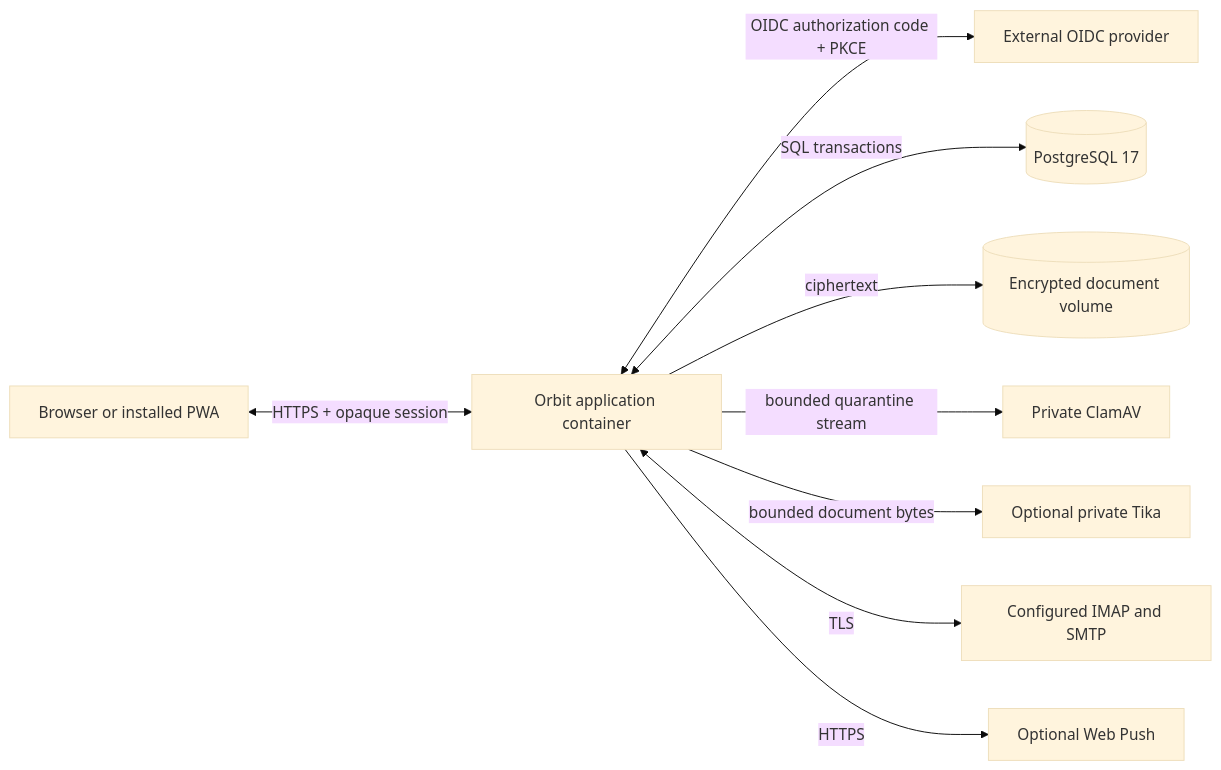
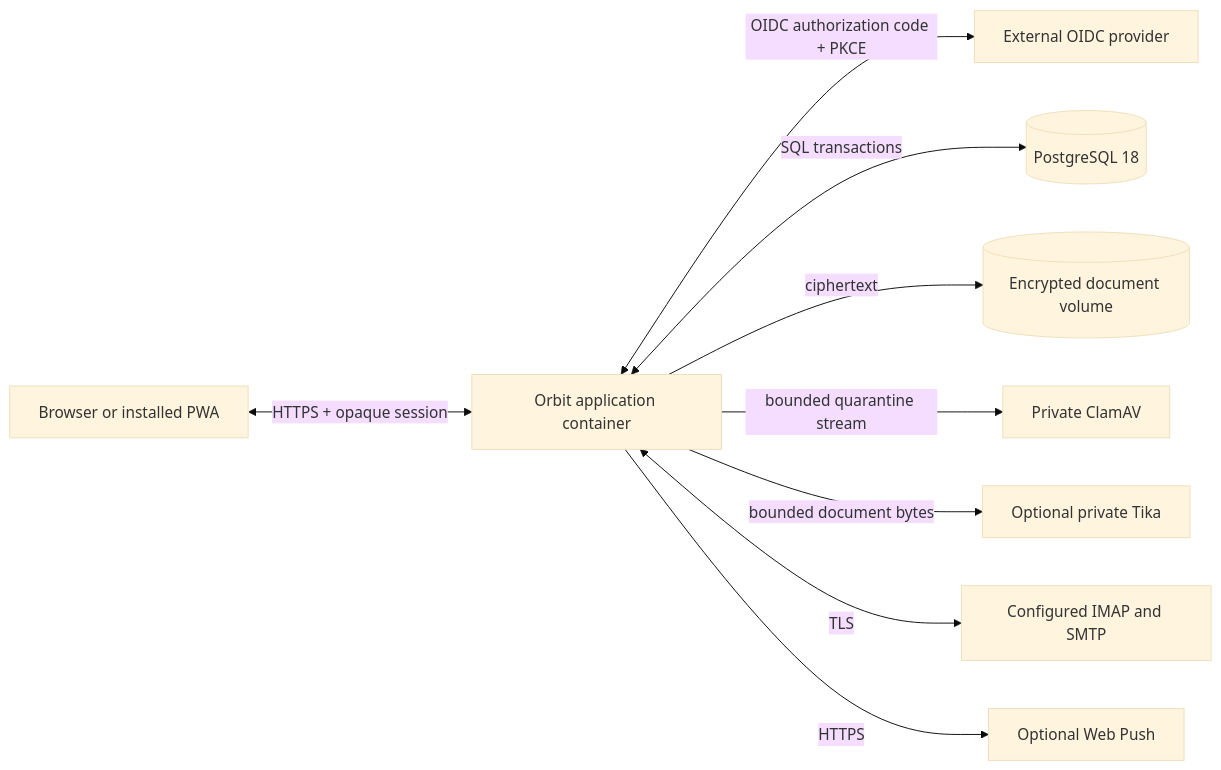
The diagram in docs/architecture.md (tomlawesome/orbit), drawn with Mermaid (base theme) before and after one commit. The commit also changed 9 other files, not shown here.

````diff
--- a/docs/architecture.md
+++ b/docs/architecture.md
@@ -9,21 +9,21 @@
 ```mermaid
 flowchart LR
     user["Browser or installed PWA"]
     oidc["External OIDC provider"]
     orbit["Orbit application container"]
-    db[("PostgreSQL 17")]
+    db[("PostgreSQL 18")]
     files[("Encrypted document volume")]
     clamav["Private ClamAV"]
     tika["Optional private Tika"]
     mail["Configured IMAP and SMTP"]
     push["Optional Web Push"]
 
     user <-->|"HTTPS + opaque session"| orbit
     orbit <-->|"OIDC authorization code + PKCE"| oidc
     orbit <-->|"SQL transactions"| db
     orbit -->|"ciphertext"| files
     orbit -->|"bounded quarantine stream"| clamav
     orbit -->|"bounded document bytes"| tika
     orbit <-->|"TLS"| mail
     orbit -->|"HTTPS"| push
 ```
````
